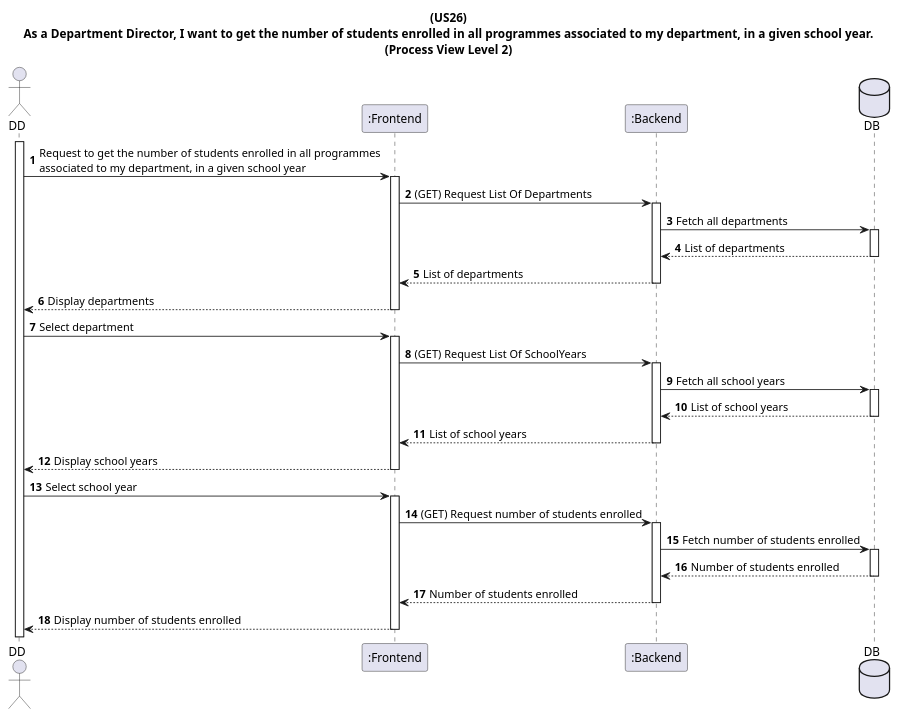
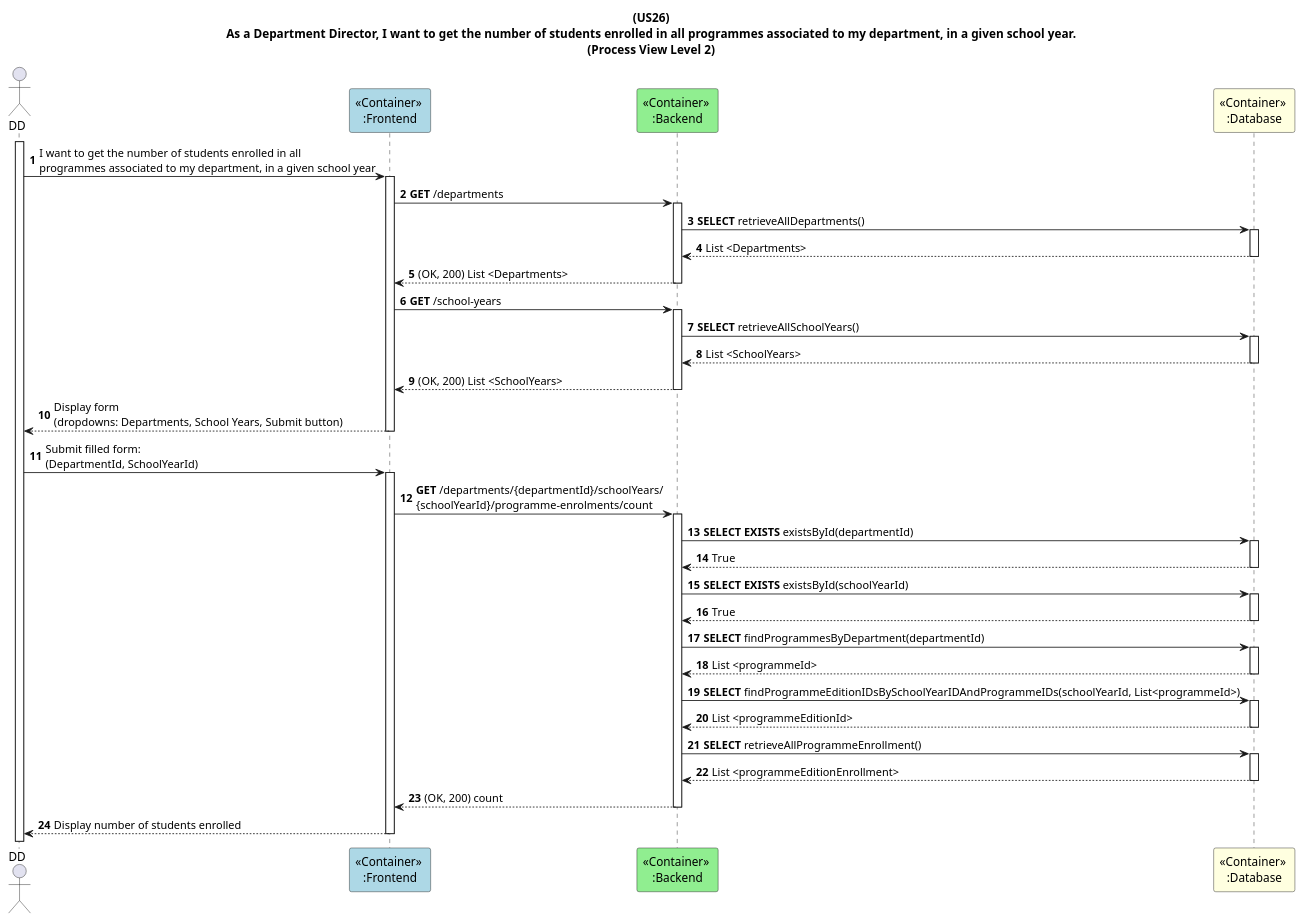
Before and after one commit to GasparISEP/DevOps-PAI: the diagram in docs/US26/Sprint6_RestAPI/ProcessView/Level2ContainerContext.puml, drawn with PlantUML.

Commit message:
docs: update US26 Level 2 Process View to reflect revised backend interactions. Refs #687

```diff
--- a/docs/US26/Sprint6_RestAPI/ProcessView/Level2ContainerContext.puml
+++ b/docs/US26/Sprint6_RestAPI/ProcessView/Level2ContainerContext.puml
@@ -1,30 +1,40 @@
 @startuml
 title: (US26)\nAs a Department Director, I want to get the number of students enrolled in all programmes associated to my department, in a given school year.\n(Process View Level 2)
 
 actor DD
-participant ":Frontend" as FE
-participant ":Backend" as BE
-database DB
+participant "<<Container>> \n:Frontend" as FE #lightblue
+participant "<<Container>> \n:Backend" as BE #lightgreen
+participant "<<Container>> \n:Database" as DB #lightyellow
 
 autonumber
 
 activate DD
-DD -> FE++: Request to get the number of students enrolled in all programmes\nassociated to my department, in a given school year
-FE -> BE++: (GET) Request List Of Departments
-BE -> DB++: Fetch all departments
-DB --> BE--: List of departments
-BE --> FE--: List of departments
-FE --> DD--: Display departments
-DD -> FE++: Select department
-FE -> BE++: (GET) Request List Of SchoolYears
-BE -> DB++: Fetch all school years
-DB --> BE--: List of school years
-BE --> FE--: List of school years
-FE --> DD--: Display school years
-DD -> FE++: Select school year
-FE -> BE++: (GET) Request number of students enrolled
-BE -> DB++: Fetch number of students enrolled
-DB --> BE--: Number of students enrolled
-BE --> FE--: Number of students enrolled
+DD -> FE++: I want to get the number of students enrolled in all\nprogrammes associated to my department, in a given school year
+FE -> BE++: **GET** /departments
+BE -> DB++: **SELECT** retrieveAllDepartments()
+DB --> BE--: List <Departments>
+BE --> FE--: (OK, 200) List <Departments>
+FE -> BE++: **GET** /school-years
+BE -> DB++: **SELECT** retrieveAllSchoolYears()
+DB --> BE--: List <SchoolYears>
+BE --> FE--: (OK, 200) List <SchoolYears>
+FE --> DD--: Display form\n(dropdowns: Departments, School Years, Submit button)
+DD -> FE++: Submit filled form:\n(DepartmentId, SchoolYearId)
+FE -> BE++: **GET** /departments/{departmentId}/schoolYears/\n{schoolYearId}/programme-enrolments/count
+BE -> DB++: **SELECT EXISTS** existsById(departmentId)
+DB --> BE--: True
+BE -> DB++: **SELECT EXISTS** existsById(schoolYearId)
+DB --> BE--: True
+BE -> DB++: **SELECT** findProgrammesByDepartment(departmentId)
+DB --> BE--: List <programmeId>
+BE -> DB++: **SELECT** findProgrammeEditionIDsBySchoolYearIDAndProgrammeIDs(schoolYearId, List<programmeId>)
+DB --> BE--: List <programmeEditionId>
+BE -> DB++: **SELECT** retrieveAllProgrammeEnrollment()
+DB --> BE--: List <programmeEditionEnrollment>
+'note right of BE
+'Filter enrolments in-memory\nwhere editionId ∈ programmeEditionIDs
+'and count them
+'end note
+BE --> FE--: (OK, 200) count
 FE --> DD--: Display number of students enrolled
 @enduml
```
